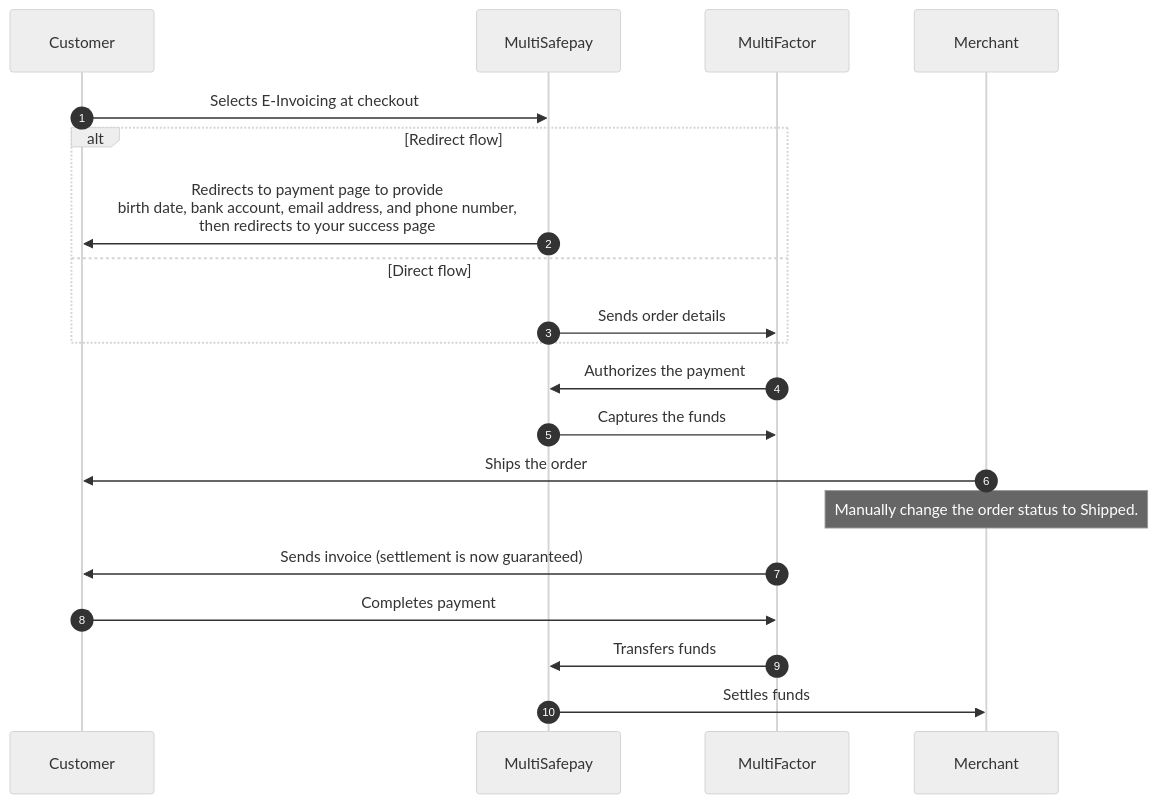
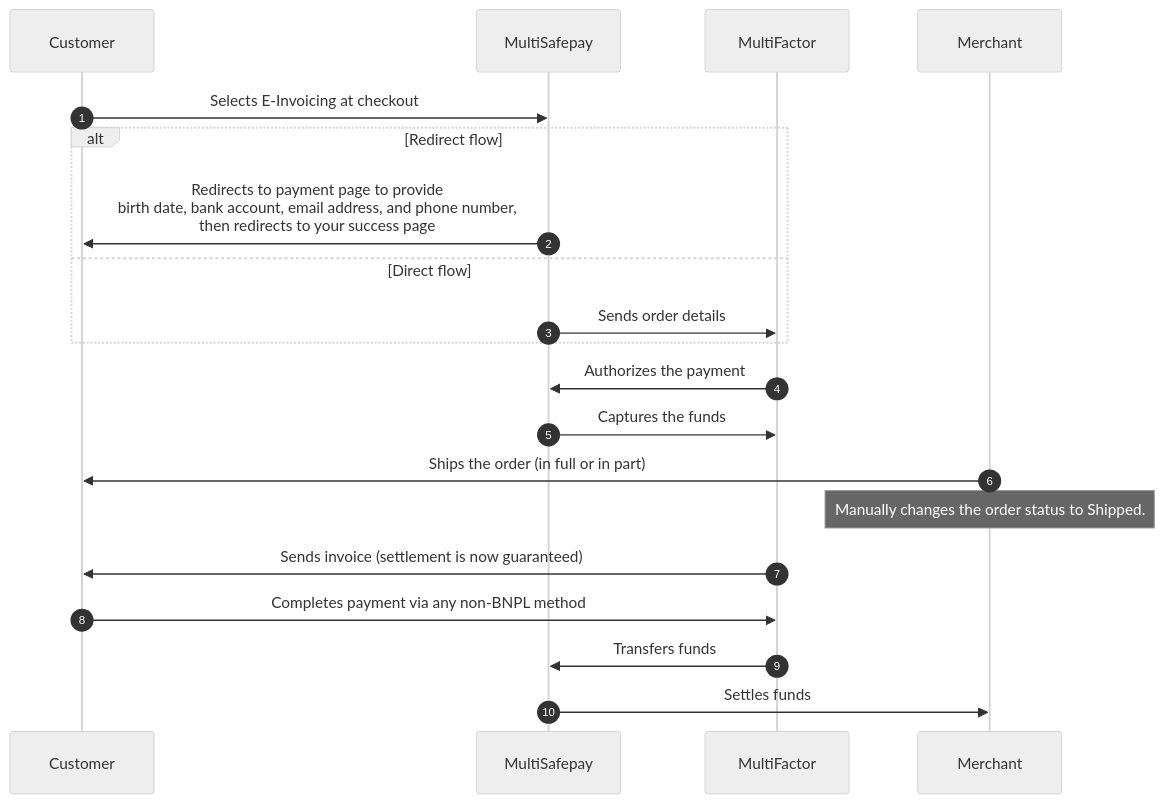
Before and after one commit to MultiSafepay/docs: the diagram in static/diagrams/src/e-invoicing-payment-flow.mmd, drawn with Mermaid (neutral theme). The commit also changed 1 other file, not shown here.

```diff
--- a/static/diagrams/src/e-invoicing-payment-flow.mmd
+++ b/static/diagrams/src/e-invoicing-payment-flow.mmd
@@ -1,21 +1,21 @@
 sequenceDiagram
     autonumber
     participant C as Customer
     participant Mu as MultiSafepay
     participant MF as MultiFactor
     participant Me as Merchant
 
     C->>Mu: Selects E-Invoicing at checkout
     alt Redirect flow
     Mu->>C: Redirects to payment page to provide <br> birth date, bank account, email address, and phone number, <br> then redirects to your success page
     else Direct flow
     Mu->>MF: Sends order details
     end
     MF->>Mu: Authorizes the payment
     Mu->>MF: Captures the funds
-    Me->>C: Ships the order
-    Note over Me: Manually change the order status to Shipped. 
+    Me->>C: Ships the order (in full or in part)
+    Note over Me: Manually changes the order status to Shipped. 
     MF->>C: Sends invoice (settlement is now guaranteed)
-    C->>MF: Completes payment 
+    C->>MF: Completes payment via any non-BNPL method
     MF->>Mu: Transfers funds 
     Mu->>Me: Settles funds
```
